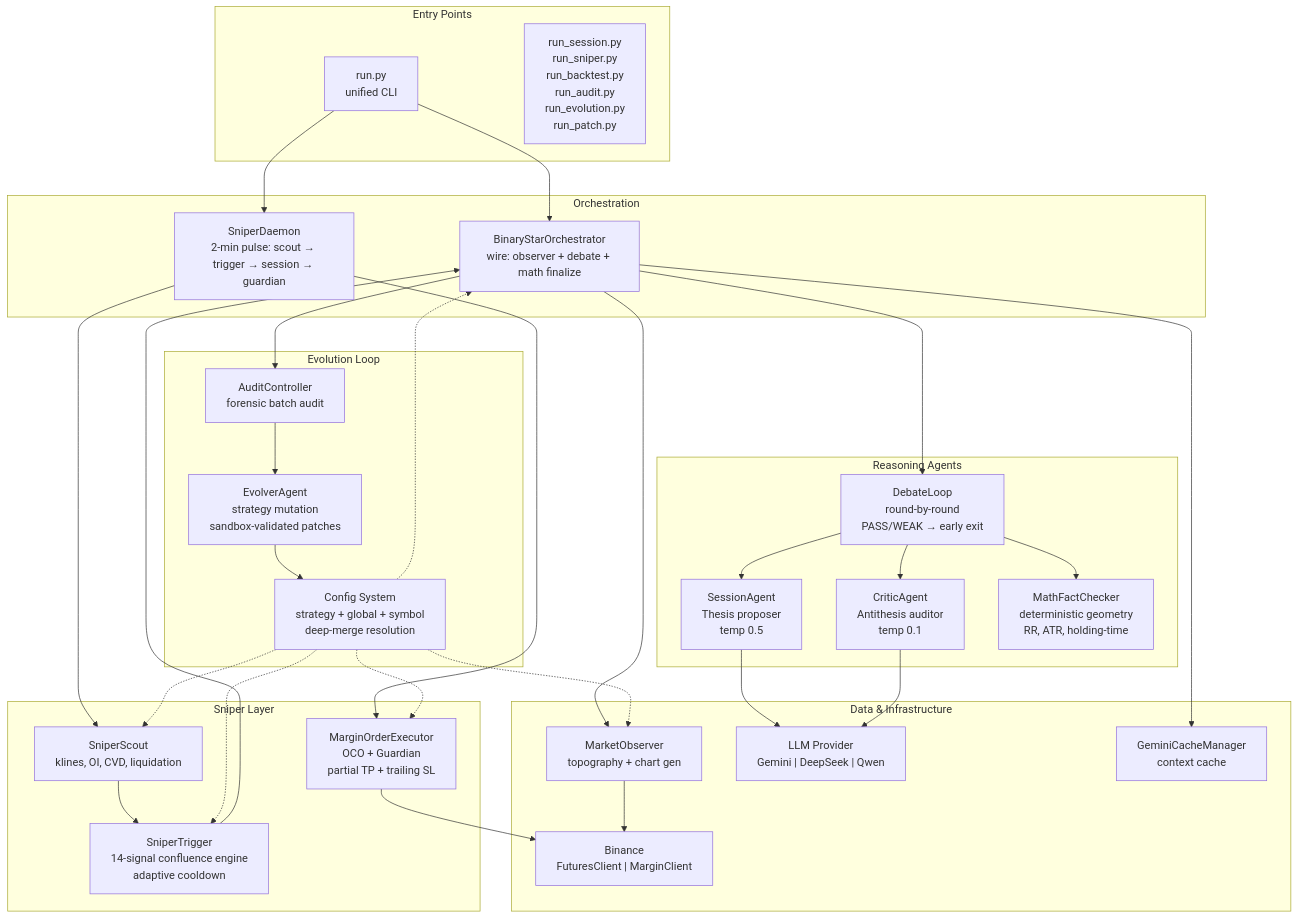
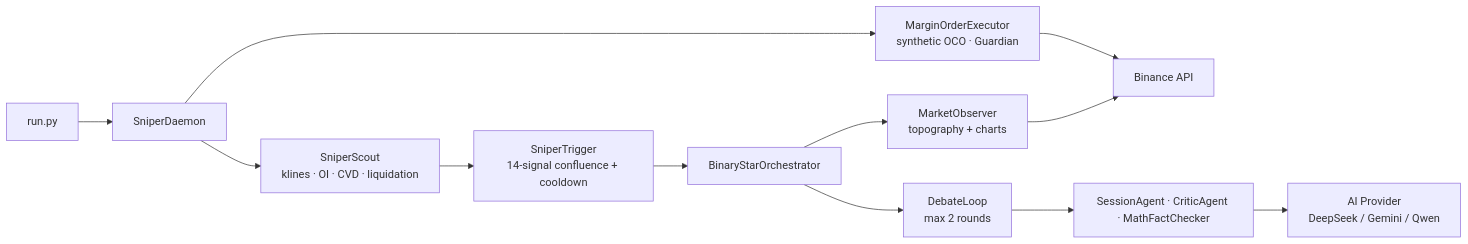
One commit to jiangyang5157/binary-star changed the first of 6 diagrams in README.md. Above: the diagram before and after it, drawn with Mermaid. The commit also changed other lines of this file, not shown here.

````diff
--- a/README.md
+++ b/README.md
@@ -11,53 +15,14 @@
 ```mermaid
-graph TB
-    subgraph Entry["Entry Points"]
-        CLI["run.py<br/>unified CLI"]
-        Standalone["run_session.py<br/>run_sniper.py<br/>run_backtest.py<br/>run_audit.py<br/>run_evolution.py<br/>run_patch.py"]
-    end
-
-    subgraph Orchestration["Orchestration"]
-        BSO["BinaryStarOrchestrator<br/>wire: observer + debate + math finalize"]
-        Daemon["SniperDaemon<br/>2-min pulse: scout → trigger → session → guardian"]
-    end
-
-    subgraph Agents["Reasoning Agents"]
-        SA["SessionAgent<br/>Thesis proposer<br/>temp 0.5"]
-        CA["CriticAgent<br/>Antithesis auditor<br/>temp 0.1"]
-        MFC["MathFactChecker<br/>deterministic geometry<br/>RR, ATR, holding-time"]
-        Debate["DebateLoop<br/>round-by-round<br/>PASS/WEAK → early exit"]
-    end
-
-    subgraph Sniper["Sniper Layer"]
-        Scout["SniperScout<br/>klines, OI, CVD, liquidation"]
-        Trigger["SniperTrigger<br/>14-signal confluence engine<br/>adaptive cooldown"]
-        Executor["MarginOrderExecutor<br/>OCO + Guardian<br/>partial TP + trailing SL"]
-    end
-
-    subgraph Data["Data & Infrastructure"]
-        Observer["MarketObserver<br/>topography + chart gen"]
-        Exchange["Binance<br/>FuturesClient | MarginClient"]
-        AI["LLM Provider<br/>Gemini | DeepSeek | Qwen"]
-        Cache["GeminiCacheManager<br/>context cache"]
-    end
-
-    subgraph Evolution["Evolution Loop"]
-        Audit["AuditController<br/>forensic batch audit"]
-        Evolver["EvolverAgent<br/>strategy mutation<br/>sandbox-validated patches"]
-        Config["Config System<br/>strategy + global + symbol<br/>deep-merge resolution"]
-    end
-
-    CLI --> BSO
-    CLI --> Daemon
-    Daemon --> Scout --> Trigger --> BSO
-    BSO --> Observer --> Exchange
-    BSO --> Debate --> SA & CA & MFC
-    SA & CA --> AI
-    BSO --> Cache
-    Daemon --> Executor --> Exchange
-    BSO --> Audit --> Evolver --> Config
-    Config -.-> Trigger
-    Config -.-> Scout
-    Config -.-> Observer
-    Config -.-> BSO
-    Config -.-> Executor
+graph LR
+    CLI["run.py"] --> DAEMON["SniperDaemon"]
+    DAEMON --> SCOUT["SniperScout<br/>klines · OI · CVD · liquidation"]
+    SCOUT --> TRIG["SniperTrigger<br/>14-signal confluence + cooldown"]
+    TRIG --> BSO["BinaryStarOrchestrator"]
+    BSO --> OBS["MarketObserver<br/>topography + charts"]
+    OBS --> EXCHANGE["Binance API"]
+    BSO --> DL["DebateLoop<br/>max 2 rounds"]
+    DL --> AGENTS["SessionAgent · CriticAgent · MathFactChecker"]
+    AGENTS --> AI["AI Provider<br/>DeepSeek / Gemini / Qwen"]
+    DAEMON --> EXEC["MarginOrderExecutor<br/>synthetic OCO · Guardian"]
+    EXEC --> EXCHANGE
 ```
````
